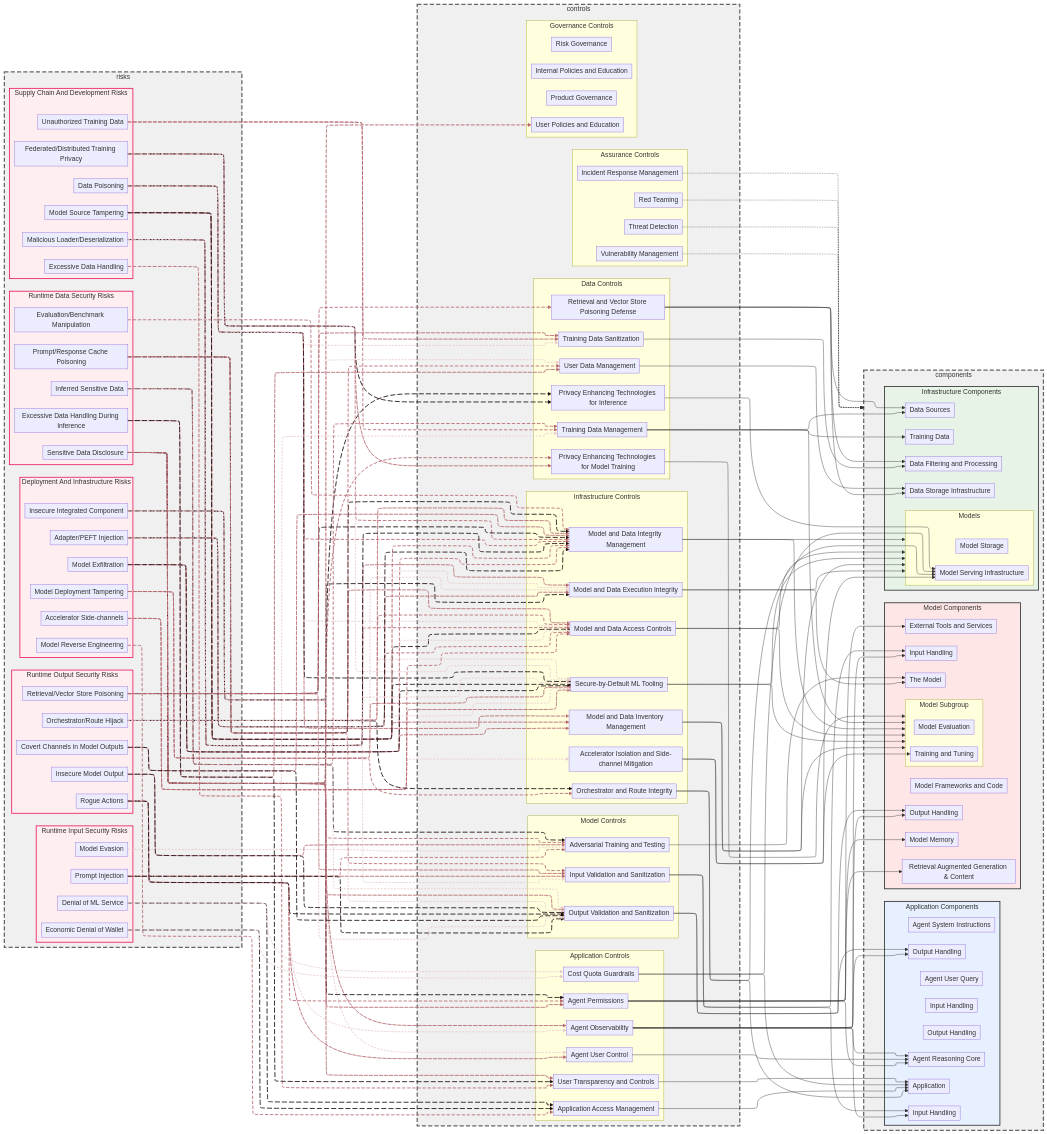
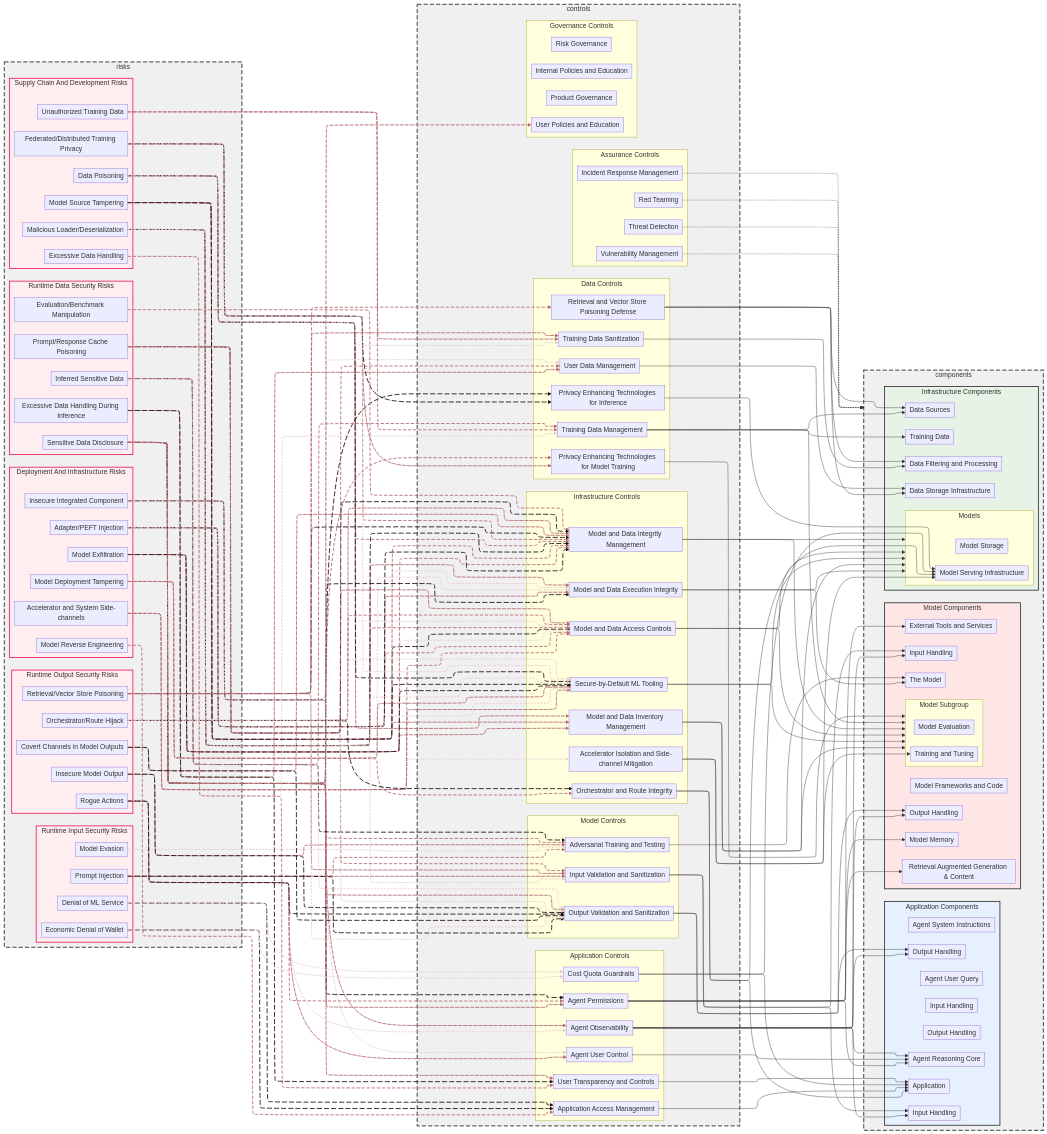
Before and after one commit to davidlabianca/secure-ai-tooling: the diagram in risk-map/diagrams/controls-to-risk-graph.mermaid, drawn with Mermaid. The commit also changed 9 other files, not shown here.

First line of the commit message:
[Risks] Expand ASC to Non-Accelerator System Side Channels

```diff
--- a/risk-map/diagrams/controls-to-risk-graph.mermaid
+++ b/risk-map/diagrams/controls-to-risk-graph.mermaid
@@ -31,7 +31,7 @@
 
     subgraph risksDeploymentAndInfrastructure ["Deployment And Infrastructure Risks"]
         ADI[Adapter/PEFT Injection]
-        ASC[Accelerator Side-channels]
+        ASSC[Accelerator and System Side-channels]
         IIC[Insecure Integrated Component]
         MDT[Model Deployment Tampering]
         MRE[Model Reverse Engineering]
@@ -199,9 +199,9 @@
     RA --> controlAgentPluginPermissions
     RA --> controlAgentPluginUserControl
     RA --> controlOutputValidationAndSanitization
-    ASC --> controlAcceleratorIsolationAndSideChannelMitigation
-    ASC --> controlModelAndDataAccessControls
-    ASC --> controlSecureByDefaultMLTooling
+    ASSC --> controlAcceleratorIsolationAndSideChannelMitigation
+    ASSC --> controlModelAndDataAccessControls
+    ASSC --> controlSecureByDefaultMLTooling
     EDW --> controlApplicationAccessManagement
     EDW --> controlCostQuotaGuardrails
     FLP --> controlModelAndDataIntegrityManagement
```
